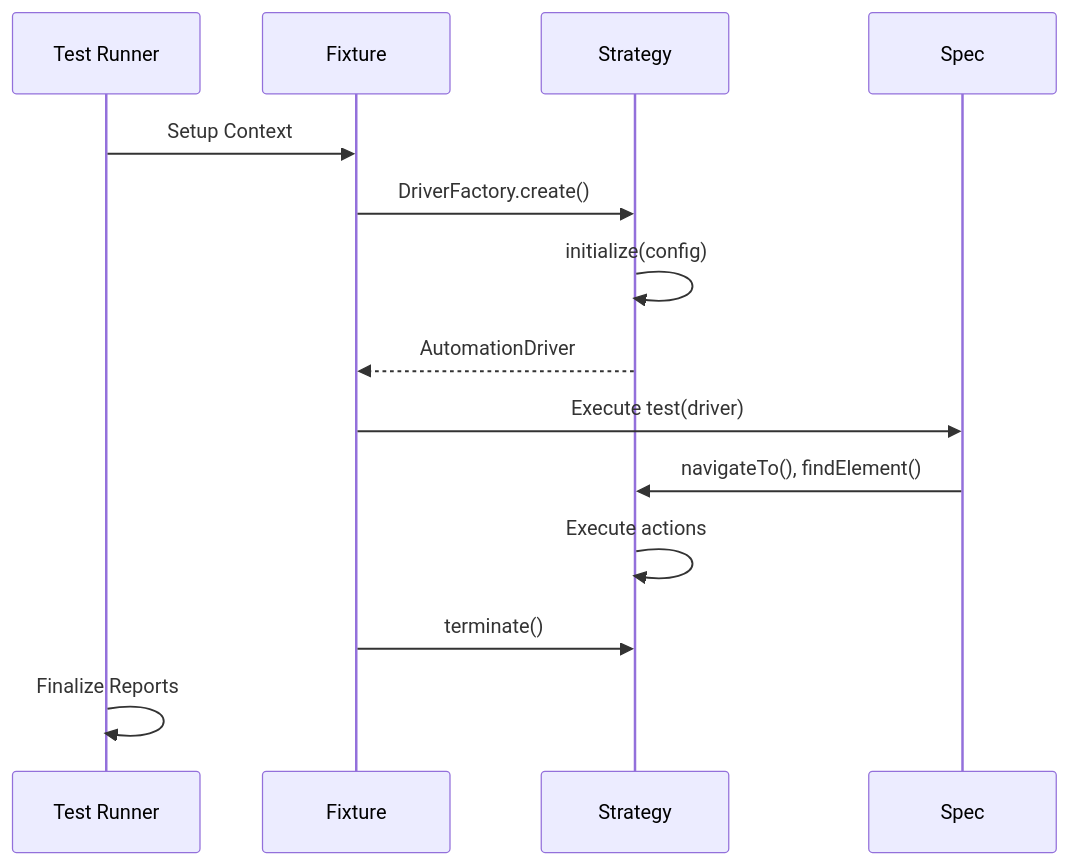
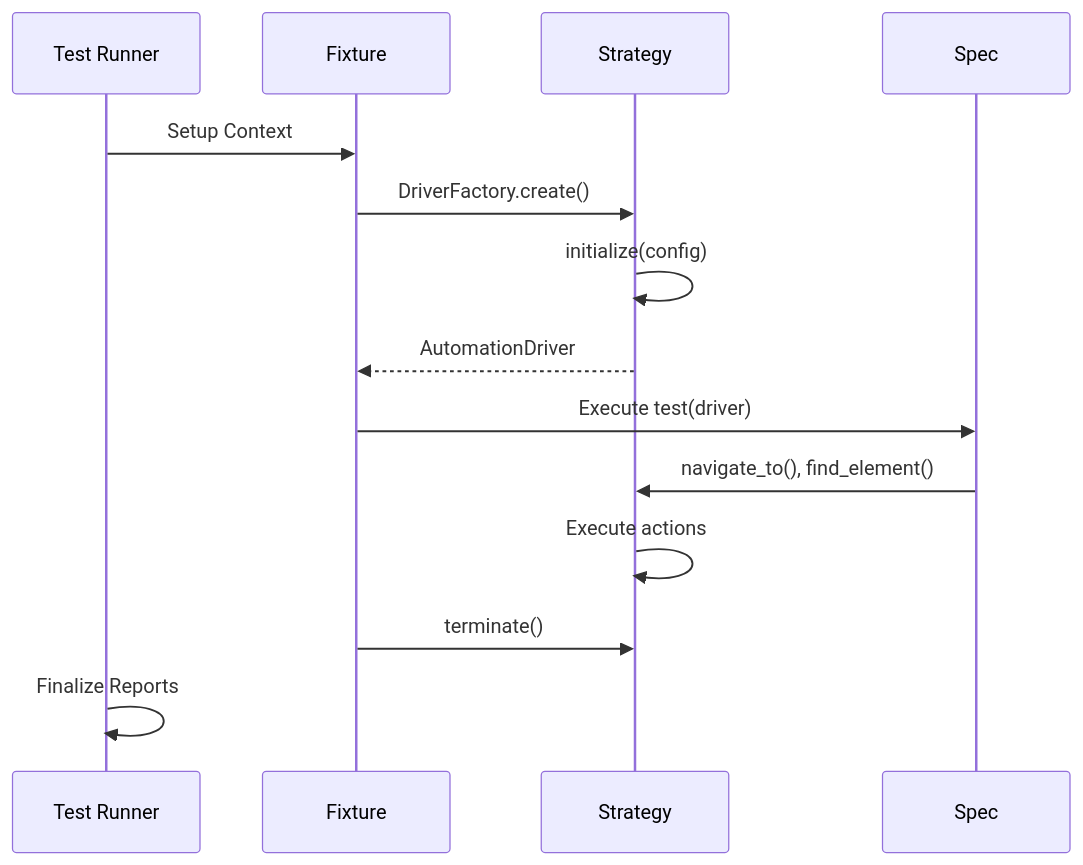
Before and after one commit to vinipx/TAFLEX-PY: the fourth of 4 diagrams in docs/docs/architecture/overview.md, drawn with Mermaid. The commit also changed other lines of this file and 16 other files, not shown here.

````diff
--- a/docs/docs/architecture/overview.md
+++ b/docs/docs/architecture/overview.md
@@ -176,19 +177,19 @@
 ```mermaid
 sequenceDiagram
     participant Suite as Test Runner
     participant FIX as Fixture
     participant Driver as Strategy
     participant Test as Spec
 
     Suite->>FIX: Setup Context
     FIX->>Driver: DriverFactory.create()
     Driver->>Driver: initialize(config)
     Driver-->>FIX: AutomationDriver
 
     FIX->>Test: Execute test(driver)
-    Test->>Driver: navigateTo(), findElement()
+    Test->>Driver: navigate_to(), find_element()
     Driver->>Driver: Execute actions
 
     FIX->>Driver: terminate()
     Suite->>Suite: Finalize Reports
 ```
````
